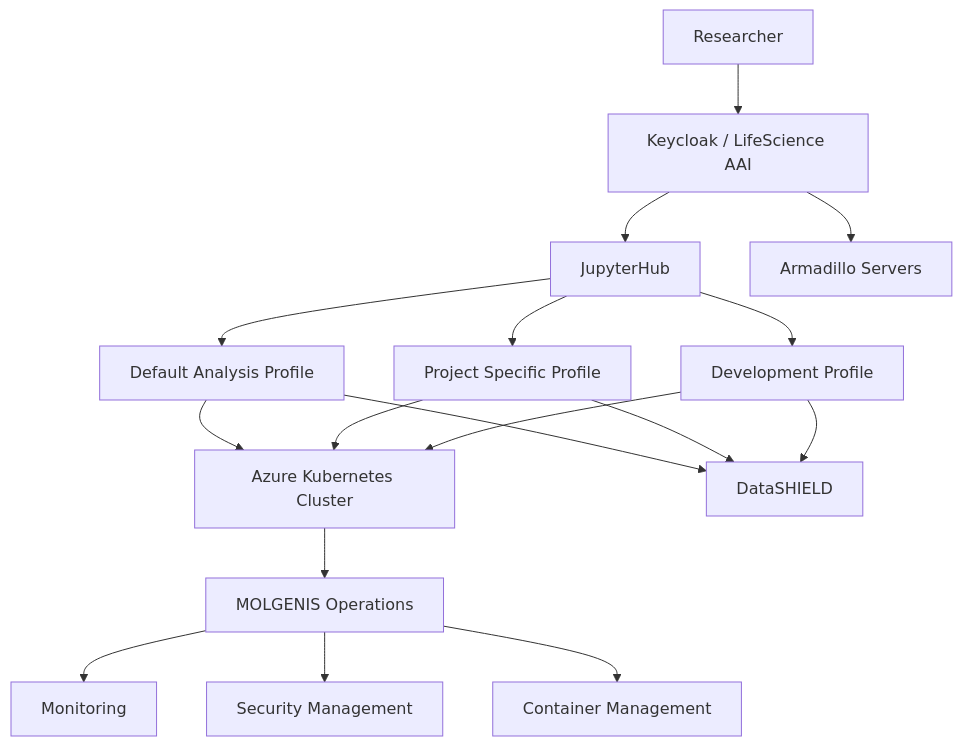
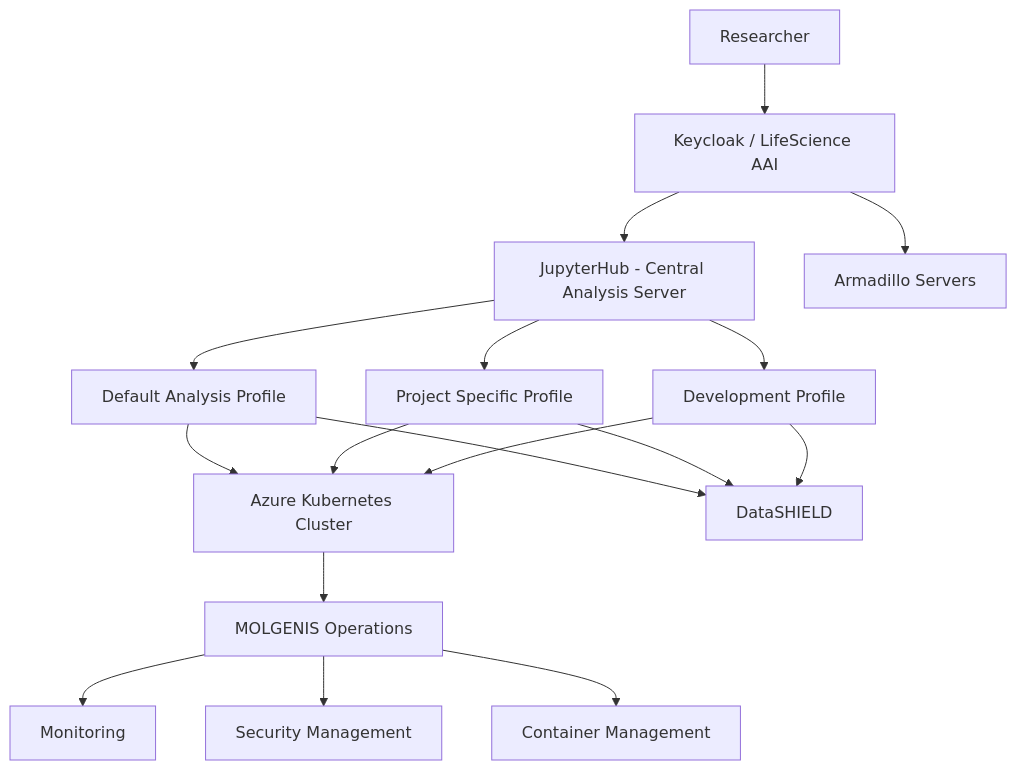
The diagram in docs/pages/cas.md (molgenis/molgenis-service-armadillo), drawn with Mermaid before and after one commit.

Commit message:
docs: cas infrastructure

````diff
--- a/docs/pages/cas.md
+++ b/docs/pages/cas.md
@@ -22,28 +22,28 @@
 ```mermaid
 flowchart TD
 
     User[Researcher]
 
     User --> Auth[Keycloak / LifeScience AAI]
 
-    Auth --> JH[JupyterHub]
+    Auth --> JH[JupyterHub - Central Analysis Server]
 
     JH --> P1[Default Analysis Profile]
     JH --> P2[Project Specific Profile]
     JH --> P3[Development Profile]
 
     P1 --> K8S[Azure Kubernetes Cluster]
     P2 --> K8S
     P3 --> K8S
 
     P1 --> DS[DataSHIELD]
     P2 --> DS
     P3 --> DS
 
     Auth --> ARM[Armadillo Servers]
 
     K8S --> Ops[MOLGENIS Operations]
     Ops --> Mon[Monitoring]
     Ops --> Sec[Security Management]
     Ops --> Img[Container Management]
 ```
````
